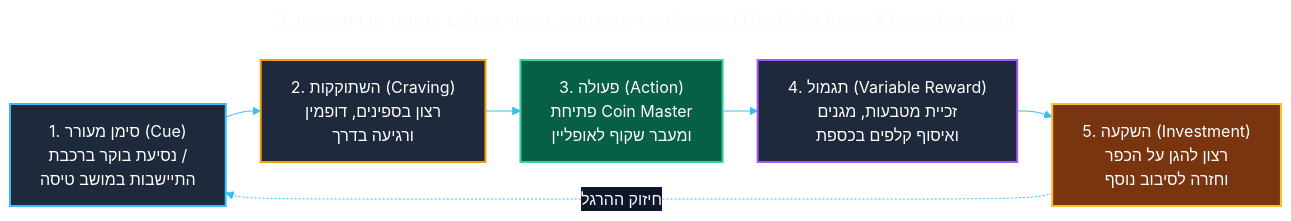
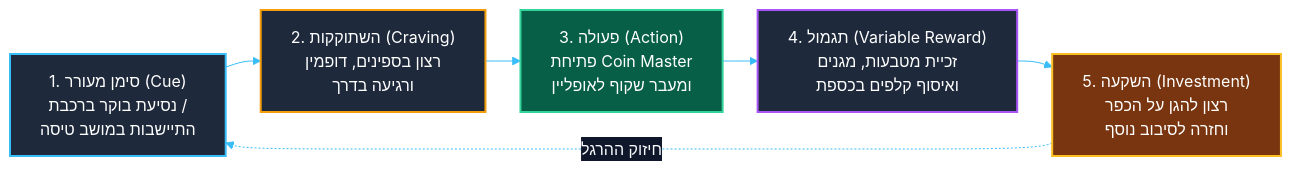
Before and after one commit to Yuvalalex/MOON-ACTIVE-MUNI-SPINE: the diagram in prd_final_v5_CEO_chapters/03 - פסיכולוגיה התנהגותית, שימור הרגלים ומניעת חרדת שחקן (The Habit Loop & Loss Aversion).md, drawn with Mermaid. The commit also changed 16 other files, not shown here.

Commit message:
docs: fix mermaid blocks in PRD docs

````diff
--- a/prd_final_v5_CEO_chapters/03 - פסיכולוגיה התנהגותית, שימור הרגלים ומניעת חרדת שחקן (The Habit Loop & Loss Aversion).md
+++ b/prd_final_v5_CEO_chapters/03 - פסיכולוגיה התנהגותית, שימור הרגלים ומניעת חרדת שחקן (The Habit Loop & Loss Aversion).md
@@ -15,37 +15,34 @@
 ```mermaid
----
-title: 3. פסיכולוגיה התנהגותית, שימור הרגלים ומניעת חרדת שחקן (The Habit Loop & Loss Aversion)
----
 %%{init: {
   "theme": "base",
   "themeVariables": {
     "fontFamily": "Segoe UI, Assistant, sans-serif",
     "fontSize": "16px",
     "primaryColor": "#0f172a",
     "primaryTextColor": "#f8fafc",
     "primaryBorderColor": "#38bdf8",
     "lineColor": "#38bdf8",
     "secondaryColor": "#1e293b",
     "tertiaryColor": "#1e293b",
     "edgeLabelBackground": "#0f172a",
     "nodeBorder": "#38bdf8",
     "clusterBkg": "#0b1120",
     "clusterBorder": "#38bdf8"
   },
   "flowchart": { "curve": "basis", "nodeSpacing": 30, "rankSpacing": 35, "padding": 15 },
   "sequence": { "actorMargin": 30, "messageMargin": 30 },
   "state": { "nodeSpacing": 30, "rankSpacing": 35, "titleTopMargin": 15 }
 }}%%
 flowchart LR
     Cue["1. סימן מעורר (Cue)<br/>נסיעת בוקר ברכבת /<br/>התיישבות במושב טיסה"] --> Craving["2. השתוקקות (Craving)<br/>רצון בספינים, דופמין<br/>ורגיעה בדרך"]
     Craving --> Action["3. פעולה (Action)<br/>פתיחת Coin Master<br/>ומעבר שקוף לאופליין"]
     Action --> Reward["4. תגמול (Variable Reward)<br/>זכיית מטבעות, מגנים<br/>ואיסוף קלפים בכספת"]
     Reward --> Investment["5. השקעה (Investment)<br/>רצון להגן על הכפר<br/>וחזרה לסיבוב נוסף"]
     Investment -. "חיזוק ההרגל" .-> Cue
 
     style Cue fill:#1e293b,stroke:#38bdf8,stroke-width:2px,color:#fff
     style Craving fill:#1e293b,stroke:#f59e0b,stroke-width:2px,color:#fff
     style Action fill:#065f46,stroke:#34d399,stroke-width:2px,color:#fff
     style Reward fill:#1e293b,stroke:#a855f7,stroke-width:2px,color:#fff
     style Investment fill:#78350f,stroke:#fbbf24,stroke-width:2px,color:#fff
 ```
````
